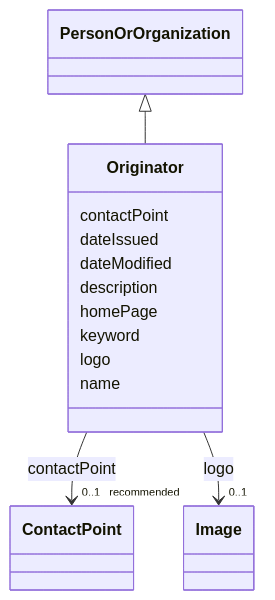
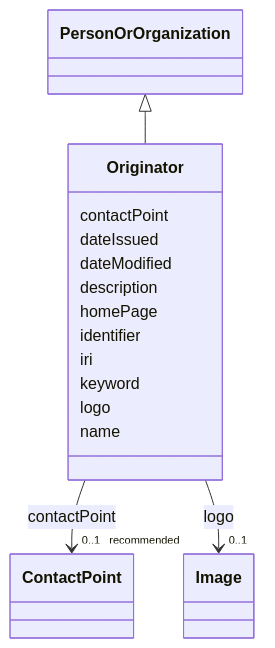
Before and after one commit to EVORA-project/evora-ontology: the diagram in models/docs/Originator.md, drawn with Mermaid. The commit also changed other lines of this file and 391 other files, not shown here.

````diff
--- a/models/docs/Originator.md
+++ b/models/docs/Originator.md
@@ -19,39 +19,43 @@
 ```mermaid
  classDiagram
     class Originator
     click Originator href "../Originator"
       PersonOrOrganization <|-- Originator
         click PersonOrOrganization href "../PersonOrOrganization"
       
       Originator : contactPoint
         
           
     
     
     Originator --> "0..1 _recommended_" ContactPoint : contactPoint
     click ContactPoint href "../ContactPoint"
 
         
       Originator : dateIssued
         
       Originator : dateModified
         
       Originator : description
         
       Originator : homePage
         
+      Originator : identifier
+        
+      Originator : iri
+        
       Originator : keyword
         
       Originator : logo
         
           
     
     
     Originator --> "0..1" Image : logo
     click Image href "../Image"
 
         
       Originator : name
         
       
 ```
````
